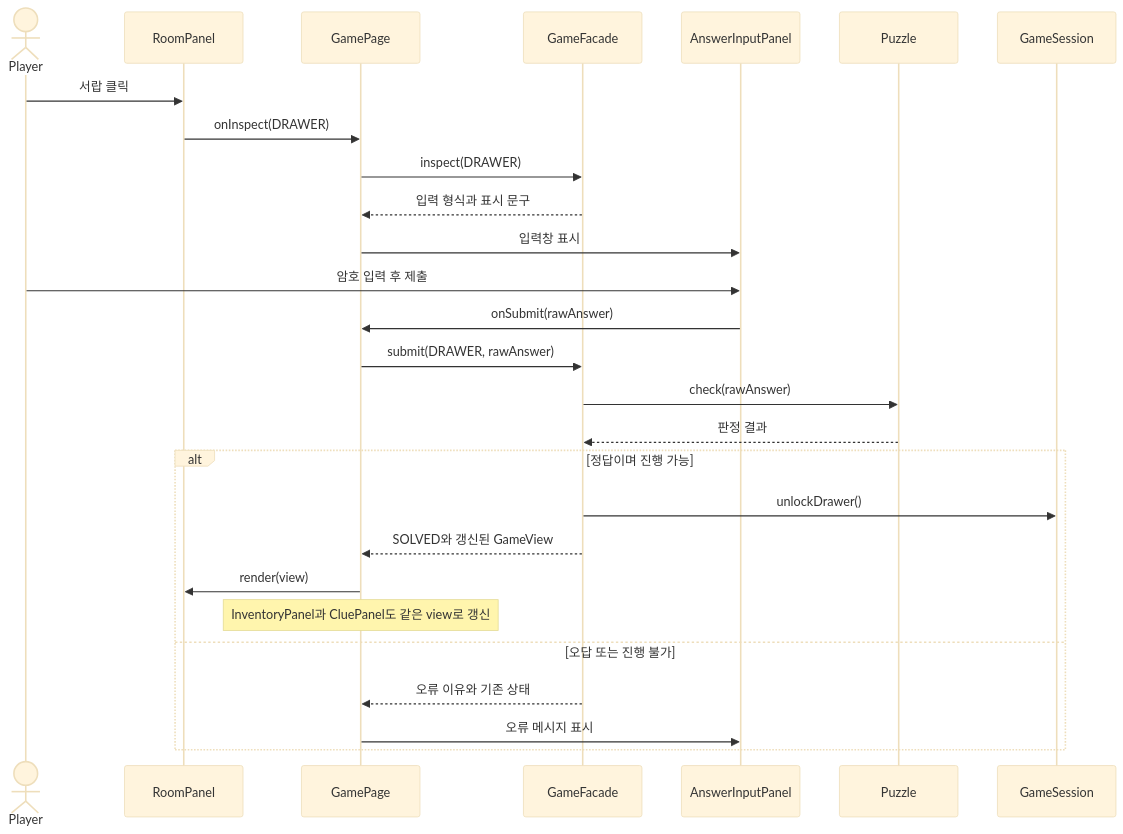
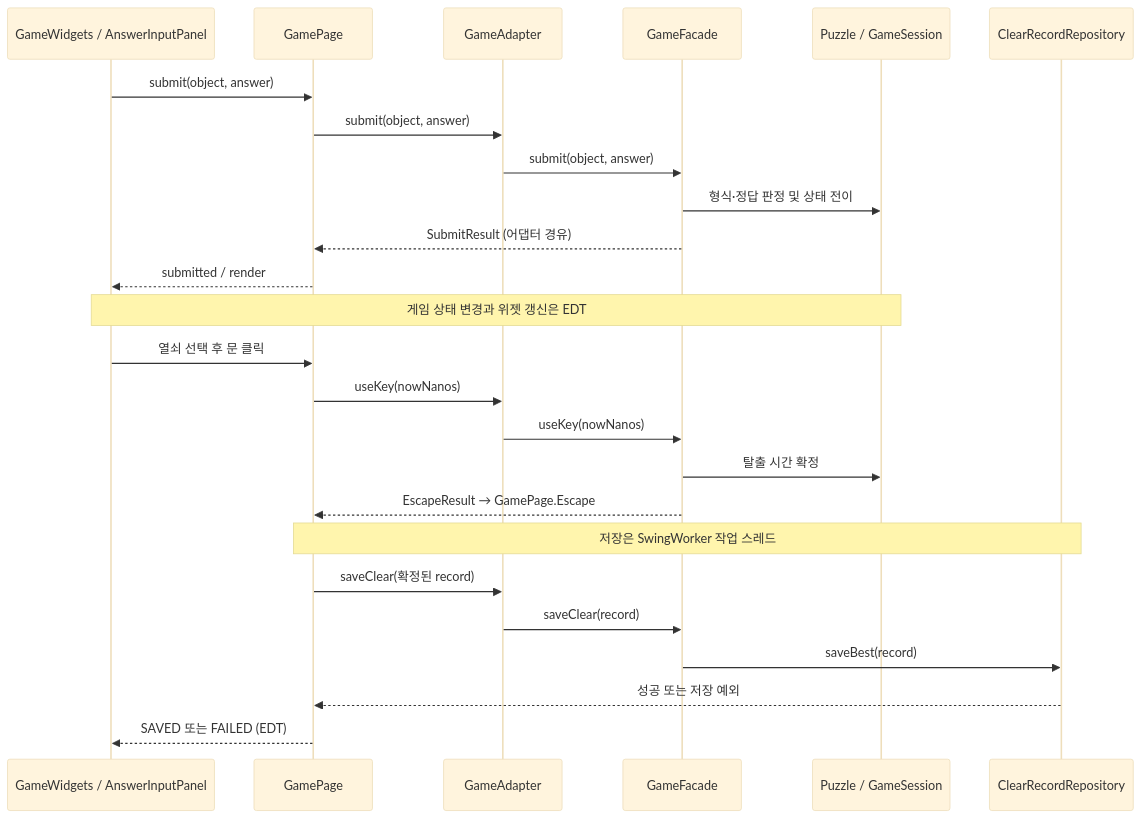
One commit to hhannn001/JavaOOP_repository changed the second of 2 diagrams in Document/클래스설계_및_7인_역할분담.md. Above: the diagram before and after it, drawn with Mermaid (base theme). The commit also changed other lines of this file and 34 other files, not shown here.

First line of the commit message:
docs: 현재 구현 기준으로 프로젝트 문서와 다이어그램 재정비

````diff
--- a/Document/클래스설계_및_7인_역할분담.md
+++ b/Document/클래스설계_및_7인_역할분담.md
@@ -428,30 +103,27 @@
 ```mermaid
 sequenceDiagram
-    actor Player
-    participant Room as RoomPanel
+    participant UI as GameWidgets / AnswerInputPanel
     participant Page as GamePage
+    participant Port as GameAdapter
     participant Facade as GameFacade
-    participant Input as AnswerInputPanel
-    participant Puzzle
-    participant Session as GameSession
-
-    Player->>Room: 서랍 클릭
-    Room->>Page: onInspect(DRAWER)
-    Page->>Facade: inspect(DRAWER)
-    Facade-->>Page: 입력 형식과 표시 문구
-    Page->>Input: 입력창 표시
-    Player->>Input: 암호 입력 후 제출
-    Input->>Page: onSubmit(rawAnswer)
-    Page->>Facade: submit(DRAWER, rawAnswer)
-    Facade->>Puzzle: check(rawAnswer)
-    Puzzle-->>Facade: 판정 결과
-    alt 정답이며 진행 가능
-        Facade->>Session: unlockDrawer()
-        Facade-->>Page: SOLVED와 갱신된 GameView
-        Page->>Room: render(view)
-        Note over Page: InventoryPanel과 CluePanel도 같은 view로 갱신
-    else 오답 또는 진행 불가
-        Facade-->>Page: 오류 이유와 기존 상태
-        Page->>Input: 오류 메시지 표시
-    end
+    participant Domain as Puzzle / GameSession
+    participant Repo as ClearRecordRepository
+    UI->>Page: submit(object, answer)
+    Page->>Port: submit(object, answer)
+    Port->>Facade: submit(object, answer)
+    Facade->>Domain: 형식·정답 판정 및 상태 전이
+    Facade-->>Page: SubmitResult (어댑터 경유)
+    Page-->>UI: submitted / render
+    Note over UI,Domain: 게임 상태 변경과 위젯 갱신은 EDT
+    UI->>Page: 열쇠 선택 후 문 클릭
+    Page->>Port: useKey(nowNanos)
+    Port->>Facade: useKey(nowNanos)
+    Facade->>Domain: 탈출 시간 확정
+    Facade-->>Page: EscapeResult → GamePage.Escape
+    Note over Page,Repo: 저장은 SwingWorker 작업 스레드
+    Page->>Port: saveClear(확정된 record)
+    Port->>Facade: saveClear(record)
+    Facade->>Repo: saveBest(record)
+    Repo-->>Page: 성공 또는 저장 예외
+    Page-->>UI: SAVED 또는 FAILED (EDT)
 ```
````
